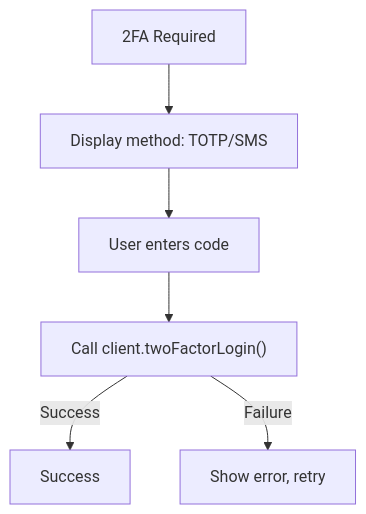
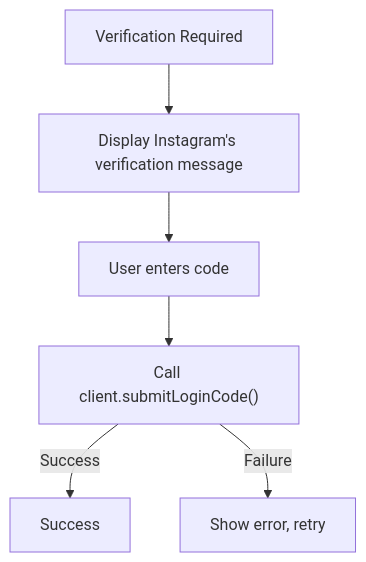
The third of 4 diagrams in docs/login.md (supreme-gg-gg/instagram-cli), drawn with Mermaid before and after one commit. The commit also changed other lines of this file and 7 other files, not shown here.

First line of the commit message:
fix: log in through Instagram's current CAA/Bloks flow (#390)

````diff
--- a/docs/login.md
+++ b/docs/login.md
@@ -49,8 +49,8 @@
 ```mermaid
 graph TD
-    A["2FA Required"] --> B["Display method: TOTP/SMS"]
+    A["Verification Required"] --> B["Display Instagram's verification message"]
     B --> C["User enters code"]
-    C --> D["Call client.twoFactorLogin()"]
+    C --> D["Call client.submitLoginCode()"]
     D -->|Success| E[Success]
     D -->|Failure| F["Show error, retry"]
 ```
````
